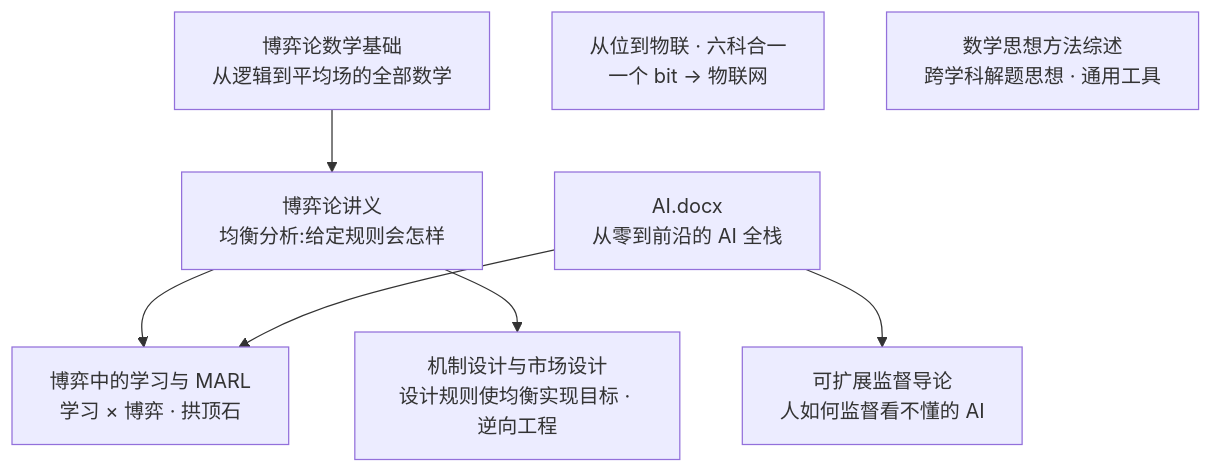
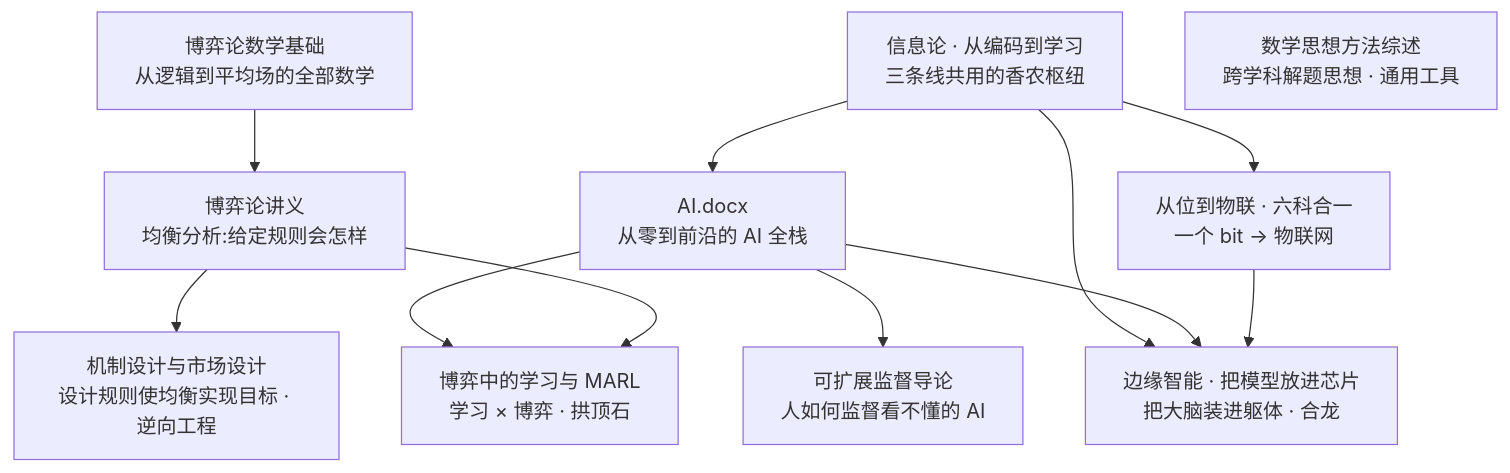
One commit to 2532196351/Library changed the diagram in README.md. Above: the diagram before and after it, drawn with Mermaid. The commit also changed other lines of this file and 2 other files, not shown here.

First line of the commit message:
新增《信息论:从编码到学习》《边缘智能:把模型放进芯片》——图书馆扩展第3、5部

````diff
--- a/README.md
+++ b/README.md
@@ -15,10 +15,14 @@
 ```mermaid
 flowchart TD
   M["博弈论数学基础<br/>从逻辑到平均场的全部数学"] --> L["博弈论讲义<br/>均衡分析:给定规则会怎样"]
   L --> G["博弈中的学习与 MARL<br/>学习 × 博弈 · 拱顶石"]
   L --> MD["机制设计与市场设计<br/>设计规则使均衡实现目标 · 逆向工程"]
   AI["AI.docx<br/>从零到前沿的 AI 全栈"] --> G
   AI --> O["可扩展监督导论<br/>人如何监督看不懂的 AI"]
-  SIX["从位到物联 · 六科合一<br/>一个 bit → 物联网"]
+  IT["信息论 · 从编码到学习<br/>三条线共用的香农枢纽"] --> SIX["从位到物联 · 六科合一<br/>一个 bit → 物联网"]
+  IT --> AI
+  SIX --> EA["边缘智能 · 把模型放进芯片<br/>把大脑装进躯体 · 合龙"]
+  AI --> EA
+  IT --> EA
   T["数学思想方法综述<br/>跨学科解题思想 · 通用工具"]
 ```
````
